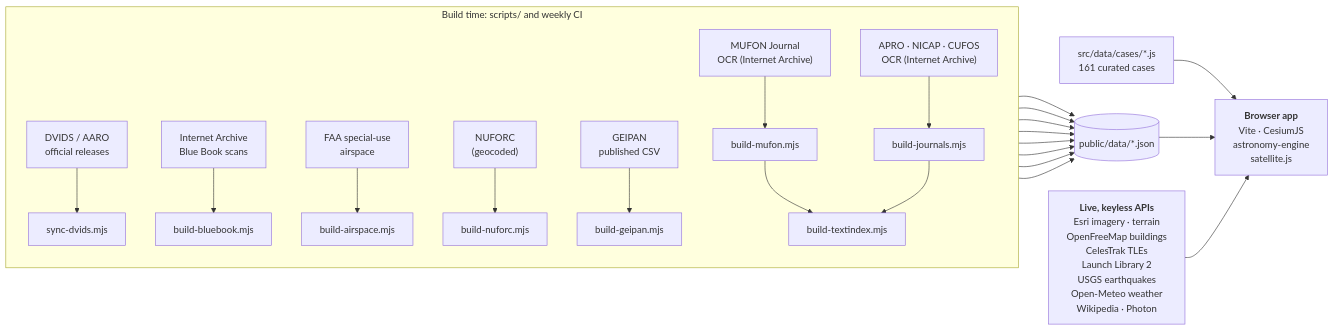
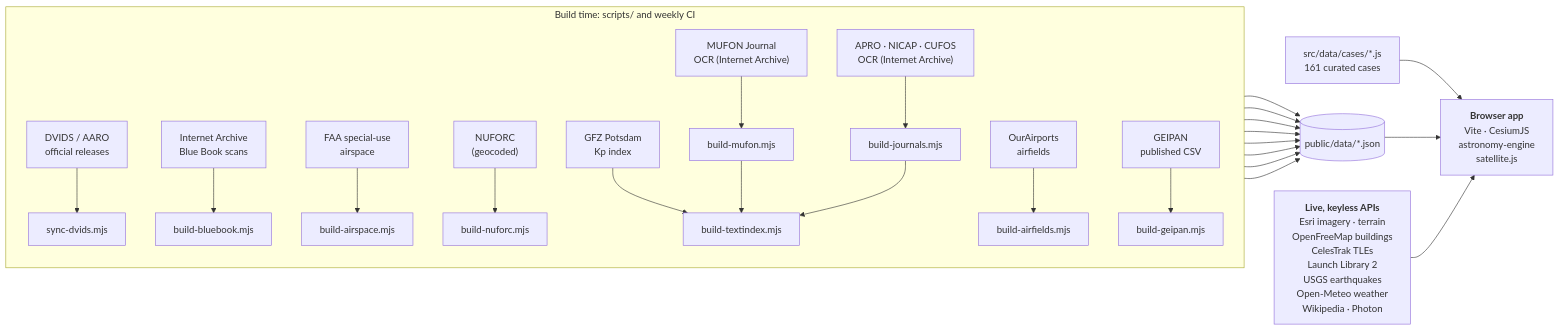
The diagram in README.md (domw99/Gods-Eye-UAPs), drawn with Mermaid before and after one commit. The commit also changed other lines of this file and 39 other files, not shown here.

````diff
--- a/README.md
+++ b/README.md
@@ -362,18 +368,20 @@
 ```mermaid
 flowchart LR
   subgraph build["Build time: scripts/ and weekly CI"]
     direction TB
     DVIDS["DVIDS / AARO<br/>official releases"] --> S1["sync-dvids.mjs"]
     IA["Internet Archive<br/>Blue Book scans"] --> S2["build-bluebook.mjs"]
     FAA["FAA special-use<br/>airspace"] --> S3["build-airspace.mjs"]
     NUF["NUFORC<br/>(geocoded)"] --> S4["build-nuforc.mjs"]
+    KP["GFZ Potsdam<br/>Kp index"] --> S8["build-kp.mjs"]
+    OA["OurAirports<br/>airfields"] --> S9["build-airfields.mjs"]
     MUF["MUFON Journal<br/>OCR (Internet Archive)"] --> S5["build-mufon.mjs"]
     GEI["GEIPAN<br/>published CSV"] --> S6["build-geipan.mjs"]
     ARC["APRO · NICAP · CUFOS<br/>OCR (Internet Archive)"] --> S7["build-journals.mjs"]
     S5 & S7 --> S8["build-textindex.mjs"]
   end
   S1 & S2 & S3 & S4 & S5 & S6 & S7 & S8 --> DATA[("public/data/*.json")]
   CASES["src/data/cases/*.js<br/>161 curated cases"] --> APP
   DATA --> APP["<b>Browser app</b><br/>Vite · CesiumJS<br/>astronomy-engine<br/>satellite.js"]
   LIVE["<b>Live, keyless APIs</b><br/>Esri imagery · terrain<br/>OpenFreeMap buildings<br/>CelesTrak TLEs<br/>Launch Library 2<br/>USGS earthquakes<br/>Open-Meteo weather<br/>Wikipedia · Photon"] --> APP
 ```
````
